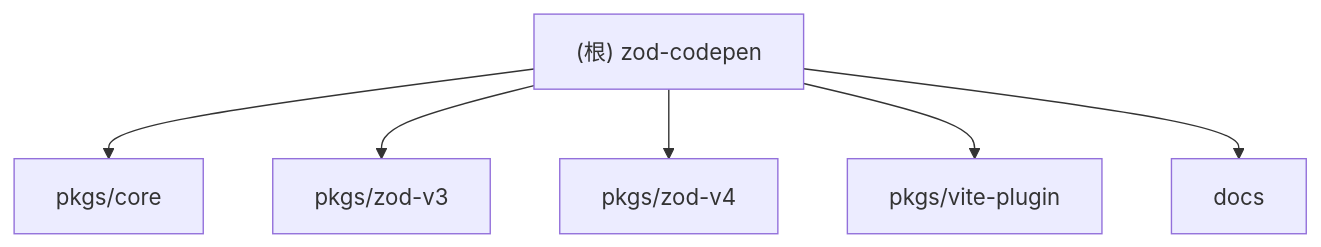
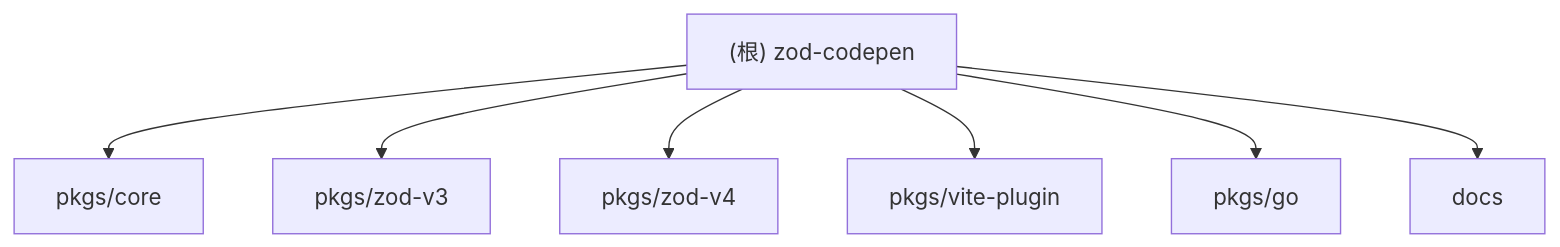
The diagram in CLAUDE.md (CornWorld/zod-codepen), drawn with Mermaid before and after one commit. The commit also changed other lines of this file, not shown here.

Commit message:
docs: 更新根级 CLAUDE.md（添加 pkgs/go 模块索引、结构图、修正测试数）
- 模块索引表添加 pkgs/go 条目（94 个 Go 测试）
- Mermaid 模块结构图添加 pkgs/go 节点
- vite-plugin 测试数：64 → 67
- 最后更新日期更新为 2026-07-29

````diff
--- a/CLAUDE.md
+++ b/CLAUDE.md
@@ -118,14 +118,16 @@
 ```mermaid
 graph TD
     A["(根) zod-codepen"] --> B["pkgs/core"];
     A --> C["pkgs/zod-v3"];
     A --> D["pkgs/zod-v4"];
     A --> E["pkgs/vite-plugin"];
-    A --> F["docs"];
+    A --> F["pkgs/go"];
+    A --> G["docs"];
 
     click B "./pkgs/core/CLAUDE.md" "查看 core 模块文档"
     click C "./pkgs/zod-v3/CLAUDE.md" "查看 zod-v3 模块文档"
     click D "./pkgs/zod-v4/CLAUDE.md" "查看 zod-v4 模块文档"
     click E "./pkgs/vite-plugin/CLAUDE.md" "查看 vite-plugin 模块文档"
-    click F "./docs/CLAUDE.md" "查看 docs 模块文档"
+    click F "./pkgs/go/CLAUDE.md" "查看 go 模块文档"
+    click G "./docs/CLAUDE.md" "查看 docs 模块文档"
 ```
````
